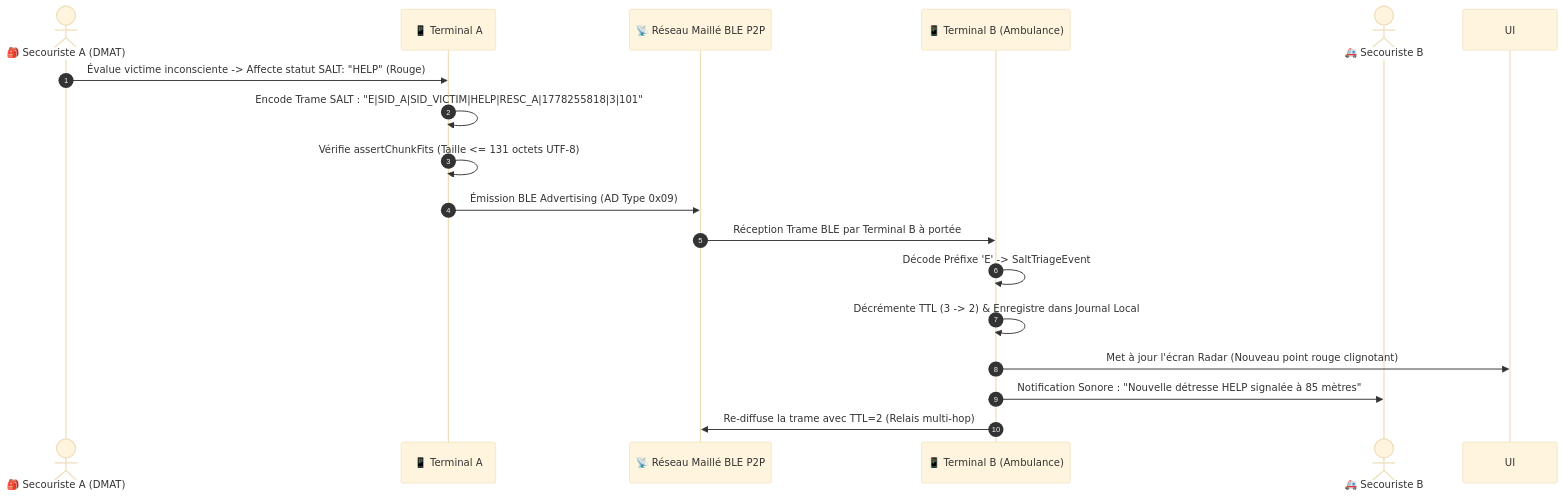
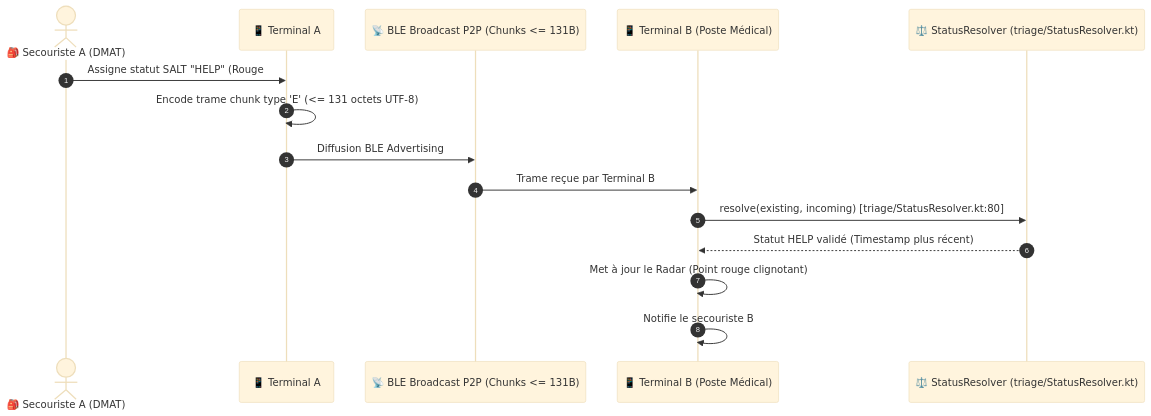
Diagram 16 of 21 in docs/DOCUMENTATION_UML_FONCTIONNELLE.md (kurodohenroonsen/JemmaPass), drawn with Mermaid (base theme) before and after one commit. The commit also changed other lines of this file and 1 other file, not shown here.

First line of the commit message:
docs: correct UML documentation and iOS specifications against codebase reality

````diff
--- a/docs/DOCUMENTATION_UML_FONCTIONNELLE.md
+++ b/docs/DOCUMENTATION_UML_FONCTIONNELLE.md
@@ -640,20 +739,18 @@
 ```mermaid
 sequenceDiagram
     autonumber
-    actor Secouriste1 as 🎒 Secouriste A (DMAT)
+    actor SecouristeA as 🎒 Secouriste A (DMAT)
     participant PhoneA as 📱 Terminal A
-    participant Mesh as 📡 Réseau Maillé BLE P2P
-    participant PhoneB as 📱 Terminal B (Ambulance)
-    actor Secouriste2 as 🚑 Secouriste B
+    participant BLE as 📡 BLE Broadcast P2P (Chunks <= 131B)
+    participant PhoneB as 📱 Terminal B (Poste Médical)
+    participant ResolverB as ⚖️ StatusResolver (triage/StatusResolver.kt)
 
-    Secouriste1->>PhoneA: Évalue victime inconsciente -> Affecte statut SALT: "HELP" (Rouge)
-    PhoneA->>PhoneA: Encode Trame SALT : "E|SID_A|SID_VICTIM|HELP|RESC_A|1778255818|3|101"
-    PhoneA->>PhoneA: Vérifie assertChunkFits (Taille <= 131 octets UTF-8)
-    PhoneA->>Mesh: Émission BLE Advertising (AD Type 0x09)
-    Mesh->>PhoneB: Réception Trame BLE par Terminal B à portée
-    PhoneB->>PhoneB: Décode Préfixe 'E' -> SaltTriageEvent
-    PhoneB->>PhoneB: Décrémente TTL (3 -> 2) & Enregistre dans Journal Local
-    PhoneB->>UI: Met à jour l'écran Radar (Nouveau point rouge clignotant)
-    PhoneB->>Secouriste2: Notification Sonore : "Nouvelle détresse HELP signalée à 85 mètres"
-    PhoneB->>Mesh: Re-diffuse la trame avec TTL=2 (Relais multi-hop)
+    SecouristeA->>PhoneA: Assigne statut SALT "HELP" (Rouge #F44336) pour Victime Haru
+    PhoneA->>PhoneA: Encode trame chunk type 'E' (<= 131 octets UTF-8)
+    PhoneA->>BLE: Diffusion BLE Advertising
+    BLE->>PhoneB: Trame reçue par Terminal B
+    PhoneB->>ResolverB: resolve(existing, incoming) [triage/StatusResolver.kt:80]
+    ResolverB-->>PhoneB: Statut HELP validé (Timestamp plus récent)
+    PhoneB->>PhoneB: Met à jour le Radar (Point rouge clignotant)
+    PhoneB->>PhoneB: Notifie le secouriste B
 ```
````
